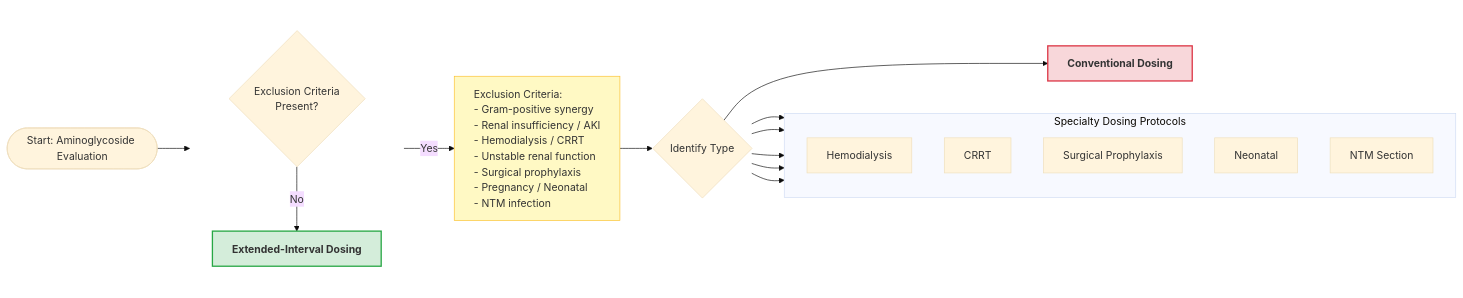
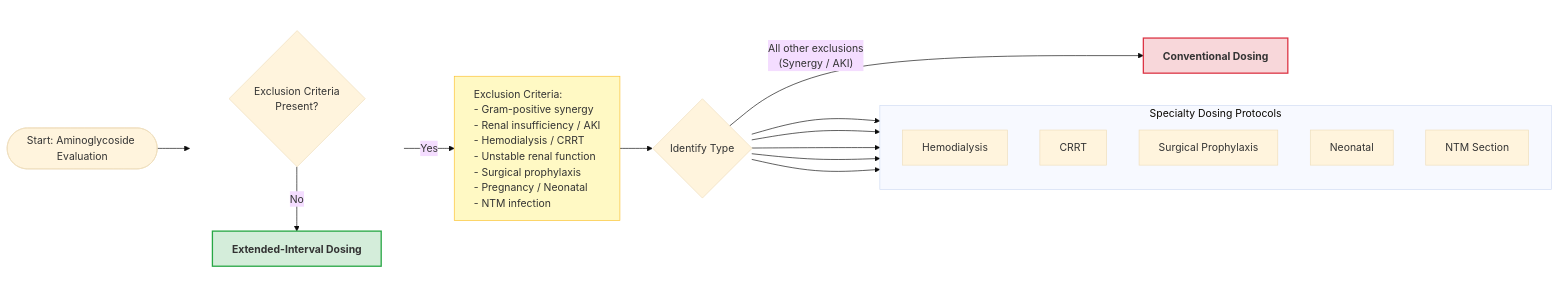
One commit to shemtsai/Aminoglycoside-Calculator changed the diagram in dosing-strategy.md. Above: the diagram before and after it, drawn with Mermaid (base theme).

````diff
--- a/dosing-strategy.md
+++ b/dosing-strategy.md
@@ -38,40 +38,41 @@
 ```mermaid
 flowchart LR
     Start([Start: Aminoglycoside Evaluation]) --> Criteria{Exclusion Criteria<br/>Present?}
     
     %% The "No" path drops vertically
     subgraph Main_Path [ ]
         direction TB
         Criteria
         EI[<b>Extended-Interval Dosing</b>]
     end
     Criteria -- No --> EI
     style EI fill:#d4edda,stroke:#28a745,stroke-width:2px
     style Main_Path fill:none,stroke:none
 
-    %% The "Yes" path leads to the List, then the List leads to Identify Type
+    %% The "Yes" path leads to the List
     Criteria -- Yes --> List[Exclusion Criteria:<br/>- Gram-positive synergy<br/>- Renal insufficiency / AKI<br/>- Hemodialysis / CRRT<br/>- Unstable renal function<br/>- Surgical prophylaxis<br/>- Pregnancy / Neonatal<br/>- NTM infection]
     style List fill:#fff9c4,stroke:#fbc02d,text-align:left
 
-    %% Identify Type now branches from the List box
+    %% Identify Type logic with a default
     List --> ExclusionType{Identify Type}
 
-    ExclusionType --> F[<b>Conventional Dosing</b>]
+    %% Default Path (Synergy, AKI, or other)
+    ExclusionType -- "All other exclusions<br/>(Synergy / AKI)" --> F[<b>Conventional Dosing</b>]
     style F fill:#f8d7da,stroke:#dc3545,stroke-width:2px
 
-    %% Specialty protocols on the far right
+    %% Specialty protocols branch out
     subgraph Specialty_Protocols [Specialty Dosing Protocols]
         direction TB
         G[Hemodialysis]
         H[CRRT]
         I[Surgical Prophylaxis]
         J[Neonatal]
         K[NTM Section]
     end
 
     ExclusionType --> G
     ExclusionType --> H
     ExclusionType --> I
     ExclusionType --> J
     ExclusionType --> K
 ```
````
